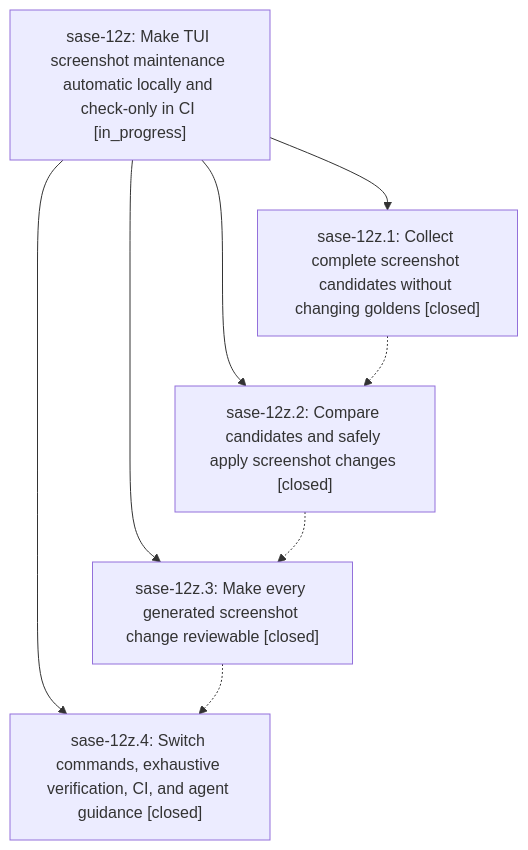
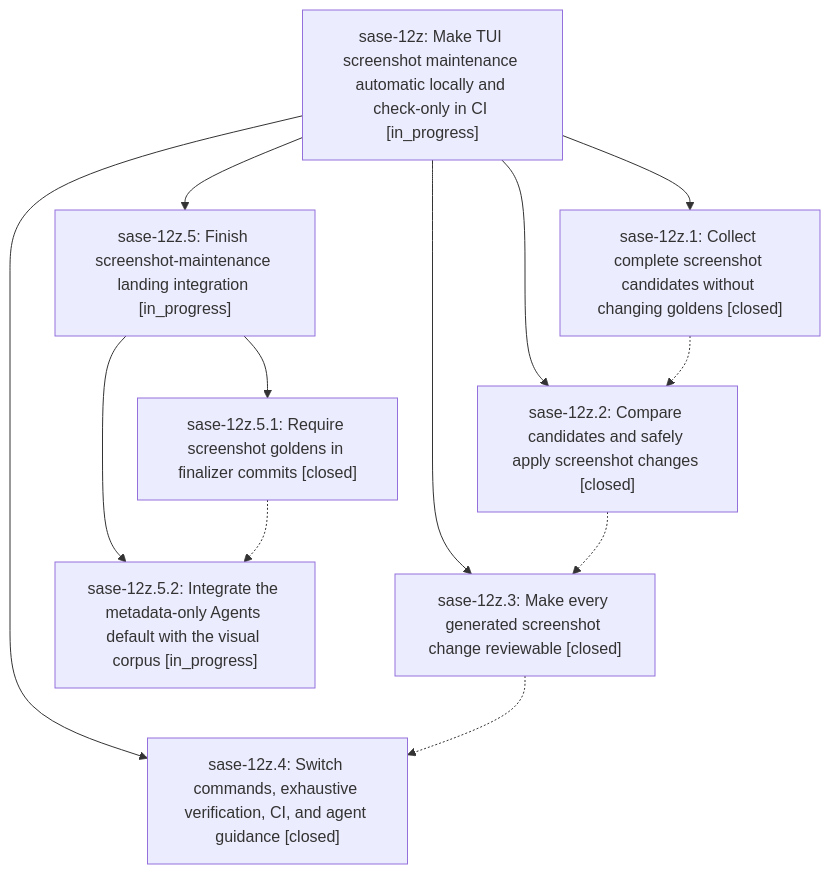
One commit to sase-org/sase--beads changed the diagram in pages/sase-12z/README.md. Above: the diagram before and after it, drawn with Mermaid. The commit also changed other lines of this file and 3 other files, not shown here.

````diff
--- a/pages/sase-12z/README.md
+++ b/pages/sase-12z/README.md
@@ -41,15 +41,22 @@
 ```mermaid
 flowchart TD
     n0["sase-12z: Make TUI screenshot maintenance automatic locally and check-only in CI [in_progress]"]
     n1["sase-12z.1: Collect complete screenshot candidates without changing goldens [closed]"]
     n2["sase-12z.2: Compare candidates and safely apply screenshot changes [closed]"]
     n3["sase-12z.3: Make every generated screenshot change reviewable [closed]"]
     n4["sase-12z.4: Switch commands, exhaustive verification, CI, and agent guidance [closed]"]
+    n5["sase-12z.5: Finish screenshot-maintenance landing integration [in_progress]"]
+    n6["sase-12z.5.1: Require screenshot goldens in finalizer commits [closed]"]
+    n7["sase-12z.5.2: Integrate the metadata-only Agents default with the visual corpus [in_progress]"]
     n0 --> n1
     n0 --> n2
     n0 --> n3
     n0 --> n4
+    n0 --> n5
+    n5 --> n6
+    n5 --> n7
     n1 -.-> n2
     n2 -.-> n3
     n3 -.-> n4
+    n6 -.-> n7
 ```
````
